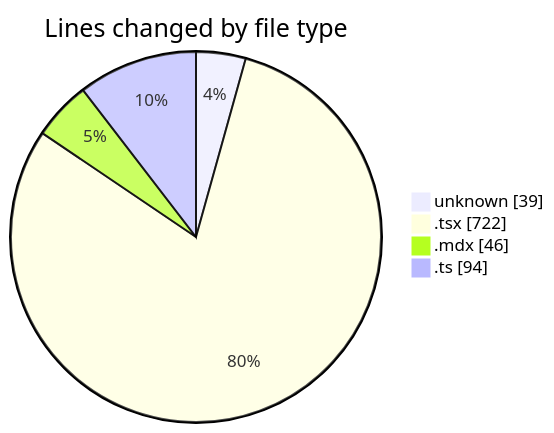
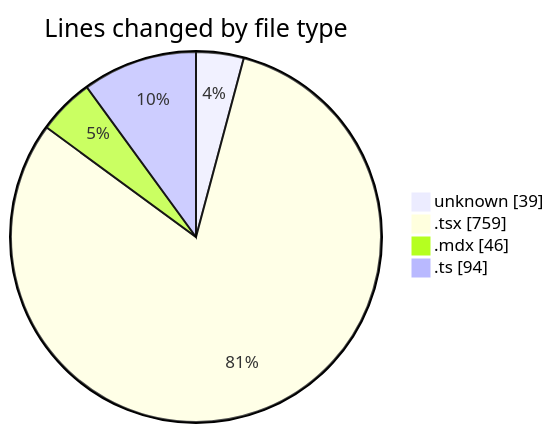
One commit to Elitesun/code-tracking changed the first of 2 diagrams in 2025-05-24/elitesun/README.md. Above: the diagram before and after it, drawn with Mermaid. The commit also changed other lines of this file and 1 other file, not shown here.

````diff
--- a/2025-05-24/elitesun/README.md
+++ b/2025-05-24/elitesun/README.md
@@ -30,8 +30,8 @@
 ```mermaid
 pie showData
 title Lines changed by file type
 "unknown" : 39
-".tsx" : 722
+".tsx" : 759
 ".mdx" : 46
 ".ts" : 94
 ```
````
